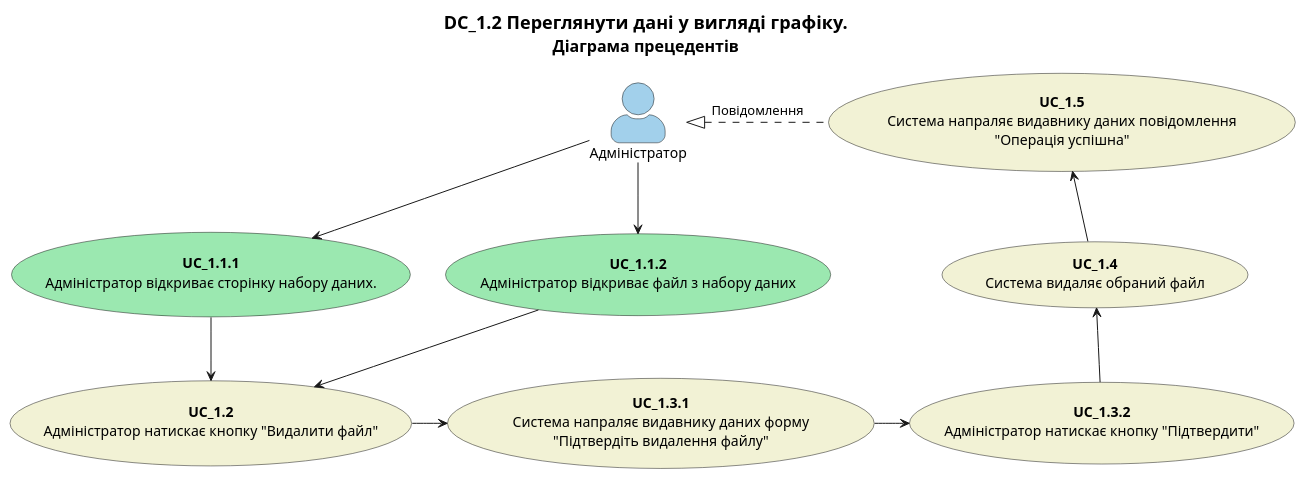
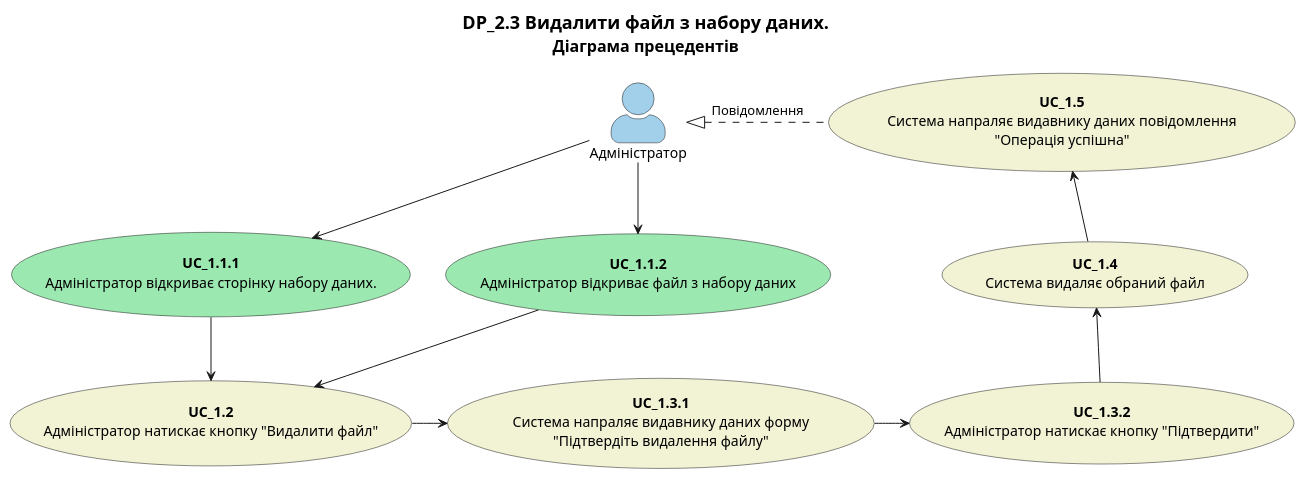
One commit to boldak/edu-db-cw changed the eighth of 11 diagrams in docs/use cases/README.md. Above: the diagram before and after it, drawn with PlantUML. The commit also changed other lines of this file, not shown here.

```diff
--- a/docs/use cases/README.md
+++ b/docs/use cases/README.md
@@ -330,30 +329,30 @@
 @startuml
 
     title
-        <font size=18 color=black>DC_1.2 Переглянути дані у вигляді графіку.
+        <font size=18 color=black>DP_2.3 Видалити файл з набору даних.
         <font size=16 color=black>Діаграма прецедентів
     end title
 
     skinparam actorStyle awesome
     
     actor "Адміністратор" as User #a2d0eb
 
     usecase "<b>UC_1.1.1</b>\nАдміністратор відкриває сторінку набору даних." as S1 #9be8b0
     usecase "<b>UC_1.1.2</b>\nАдміністратор відкриває файл з набору даних" as S2 #9be8b0
     usecase "<b>UC_1.2</b>\nАдміністратор натискає кнопку "Видалити файл"" as S3 #f2f2d5
     usecase "<b>UC_1.3.1</b>\nСистема напраляє видавнику даних форму\n"Підтвердіть видалення файлу"" as S4 #f2f2d5
     usecase "<b>UC_1.3.2</b>\nАдміністратор натискає кнопку "Підтвердити"" as S5 #f2f2d5
     usecase "<b>UC_1.4</b>\nСистема видаляє обраний файл" as S6 #f2f2d5
     usecase "<b>UC_1.5</b>\nСистема напраляє видавнику даних повідомлення\n"Операція успішна"" as S7 #f2f2d5
 
     User -down-> S1
     User -down-> S2
     S1 -down-> S3
     S2 -down-> S3
     S3 -right-> S4
     S4 -right-> S5
     S5-up-> S6
     S6 -up-> S7
     S7 -left.|> User : Повідомлення
     
 @enduml
```
